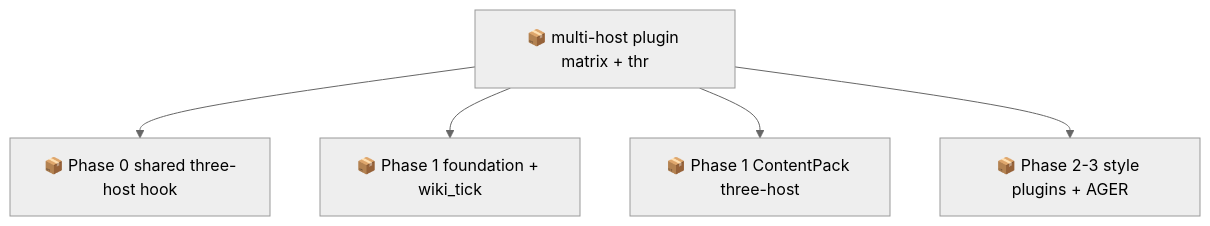
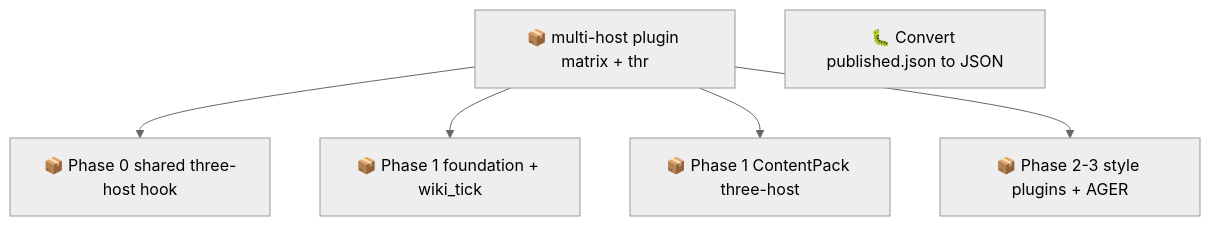
One commit to SpillwaveSolutions/wiki_ticket_sdd changed the second of 2 diagrams in docs/roadmap.md. Above: the diagram before and after it, drawn with Mermaid (neutral theme). The commit also changed other lines of this file and 31 other files, not shown here.

First line of the commit message:
Convert published.json to JSONL ledger with union merge (01M18QBM233GRTVR7JRXSVNK66)

````diff
--- a/docs/roadmap.md
+++ b/docs/roadmap.md
@@ -60,12 +69,13 @@
 ```mermaid
 graph TD
     01M0KCDKJRAZYMWDD9PFGHC6XY["📦 multi-host plugin matrix + thr"]
     01M0KCDV5GP8BMZT142MMAPAG7["📦 Phase 0 shared three-host hook"]
     01M0KCDV7AQEQ61TA2MYN3M5C3["📦 Phase 1 foundation + wiki_tick"]
     01M0KCDV94P4YPBXJXQZNNGQTM["📦 Phase 1 ContentPack three-host"]
     01M0KCDVAYS67SPN8FHAYY4DWX["📦 Phase 2-3 style plugins + AGER"]
+    01M18QBM233GRTVR7JRXSVNK66["🐛 Convert published.json to JSON"]
     01M0KCDKJRAZYMWDD9PFGHC6XY --> 01M0KCDV5GP8BMZT142MMAPAG7
     01M0KCDKJRAZYMWDD9PFGHC6XY --> 01M0KCDV7AQEQ61TA2MYN3M5C3
     01M0KCDKJRAZYMWDD9PFGHC6XY --> 01M0KCDV94P4YPBXJXQZNNGQTM
     01M0KCDKJRAZYMWDD9PFGHC6XY --> 01M0KCDVAYS67SPN8FHAYY4DWX
 ```
````
